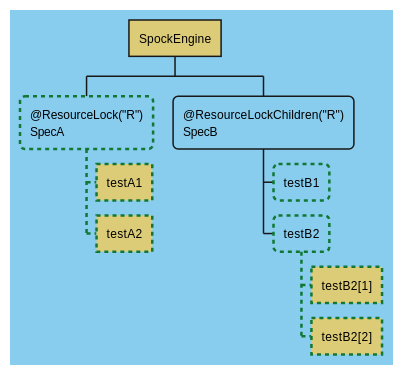
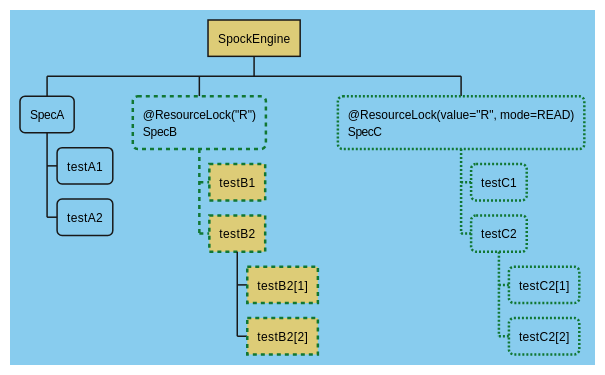
One commit to spockframework/spock changed diagram 11 of 14 in docs/parallel_execution.adoc. Above: the diagram before and after it, drawn with PlantUML. The commit also changed other lines of this file and 8 other files, not shown here.

Commit message:
Update to JUnit 5.7.2 and remove now obsolete @ResourceLockChildren (#1326)

```diff
--- a/docs/parallel_execution.adoc
+++ b/docs/parallel_execution.adoc
@@ -548,38 +517,49 @@
-[plantuml,images/lock-inherit-lock-children,svg]
+[plantuml,images/lock-inherit-spec,svg]
 ....
 @startwbs
 <style>
 wbsDiagram {
   BackgroundColor #88CCEE
   RoundCorner 10
   node {
     :depth(0) {
       BackgroundColor #DDCC77
       RoundCorner 0
     }
   }
 
   .samethread * {
       BackgroundColor #DDCC77
       RoundCorner 0
   }
 
   .write_lock * {
       LineStyle 4
       LineThickness 2.5
       LineColor #117733
   }
+
+  .read_lock * {
+      LineStyle 2
+      LineThickness 2.5
+      LineColor #117733
+  }
 }
 </style>
 skinparam shadowing false
 * SpockEngine
-** @ResourceLock("R")\nSpecA  <<write_lock>>
-*** testA1 <<samethread>>
-*** testA2 <<samethread>>
-** @ResourceLockChildren("R")\nSpecB
-*** testB1 <<write_lock>>
-*** testB2 <<write_lock>>
+** SpecA
+*** testA1
+*** testA2
+** @ResourceLock("R")\nSpecB <<write_lock>>
+*** testB1 <<samethread>>
+*** testB2 <<samethread>>
 **** testB2[1] <<samethread>>
 **** testB2[2] <<samethread>>
+** @ResourceLock(value="R", mode=READ)\nSpecC <<read_lock>>
+*** testC1 <<read_lock>>
+*** testC2 <<read_lock>>
+**** testC2[1] <<read_lock>>
+**** testC2[2] <<read_lock>>
 @endwbs
 ....
```
